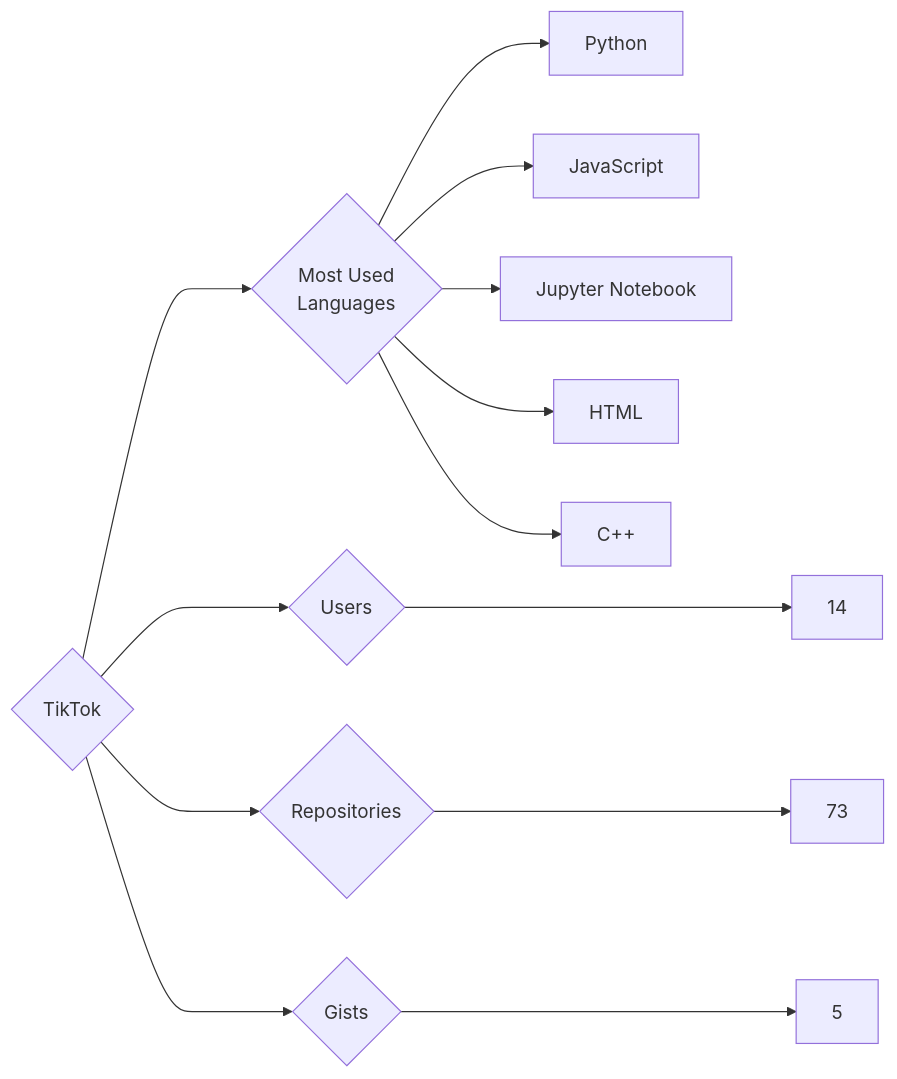
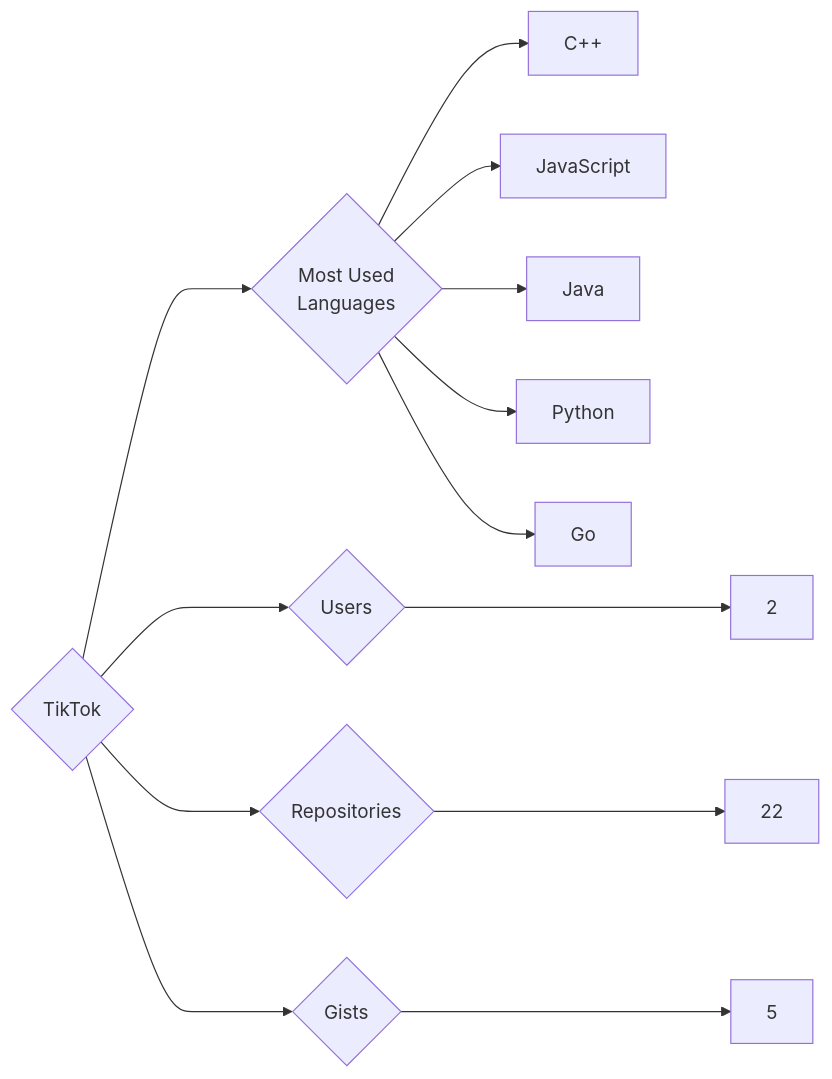
Before and after one commit to trickest/insiders: the diagram in targets/TikTok/README.md, drawn with Mermaid. The commit also changed 770 other files, not shown here.

````diff
--- a/targets/TikTok/README.md
+++ b/targets/TikTok/README.md
@@ -3,13 +3,13 @@
 ```mermaid
 graph LR
 COMPANY_NAME{TikTok}
-COMPANY_NAME ---> U{Users} ---> UN[14]
-COMPANY_NAME ---> R{Repositories} ---> RN[73]
+COMPANY_NAME ---> U{Users} ---> UN[2]
+COMPANY_NAME ---> R{Repositories} ---> RN[22]
 COMPANY_NAME ---> G{Gists} ---> GN[5]
 COMPANY_NAME ---> ML{Most Used<br>Languages}
+ML --> C++[C++]
+ML --> JavaScript[JavaScript]
+ML --> Java[Java]
 ML --> Python[Python]
-ML --> JavaScript[JavaScript]
-ML --> Jupyter_Notebook[Jupyter Notebook]
-ML --> HTML[HTML]
-ML --> C++[C++]
+ML --> Go[Go]
 ```
````
